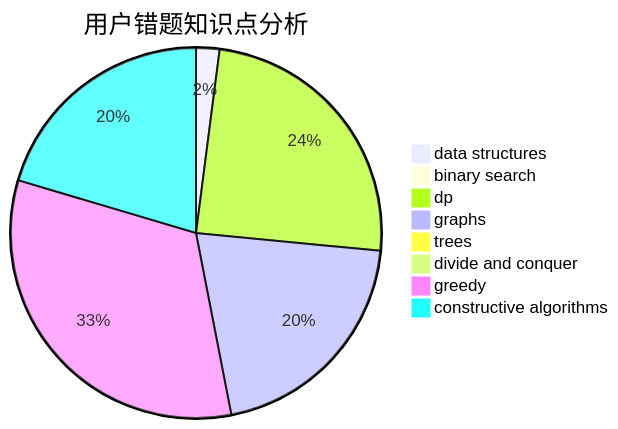
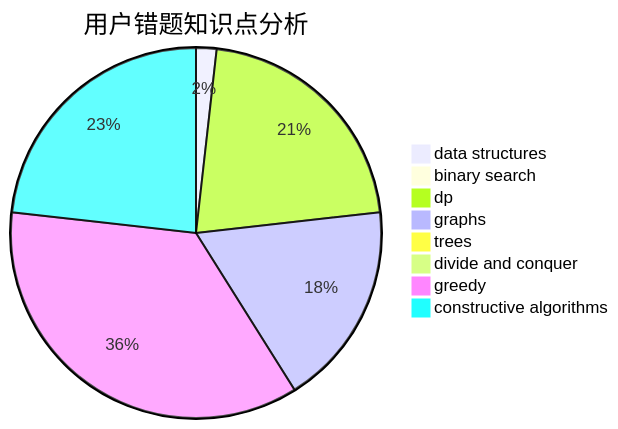
The third of 3 diagrams in docs/user/u1562.md (sherpahu/cfrs.github.io), drawn with Mermaid before and after one commit. The commit also changed other lines of this file and 2770 other files, not shown here.

````diff
--- a/docs/user/u1562.md
+++ b/docs/user/u1562.md
@@ -36,11 +36,11 @@
 ```mermaid
 pie title 用户错题知识点分析
     "data structures" :  1
     "binary search" :  0
     "dp" :  12
     "graphs" :  10
     "trees" :  0
     "divide and conquer" :  0
-    "greedy" :  16
-    "constructive algorithms" :  10
+    "greedy" :  20
+    "constructive algorithms" :  13
 ```
````
